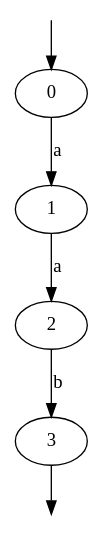
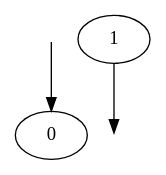
The diagram in src/resultat.dot (omarelhorre/automate), drawn with Graphviz before and after one commit. The commit also changed 7 other files, not shown here.

```diff
--- a/src/resultat.dot
+++ b/src/resultat.dot
@@ -1,9 +1,6 @@
-digraph G {
+digraph{
 init [shape=point shape=point style=filled, fillcolor=white color=white];
 fin [shape=point shape=point style=filled, fillcolor=white color=white];
 init -> 0;
-0 -> 1 [label="a"];
-1 -> 2 [label="a"];
-2 -> 3 [label="b"];
-3 -> fin;
+1 -> fin;
 }
```
